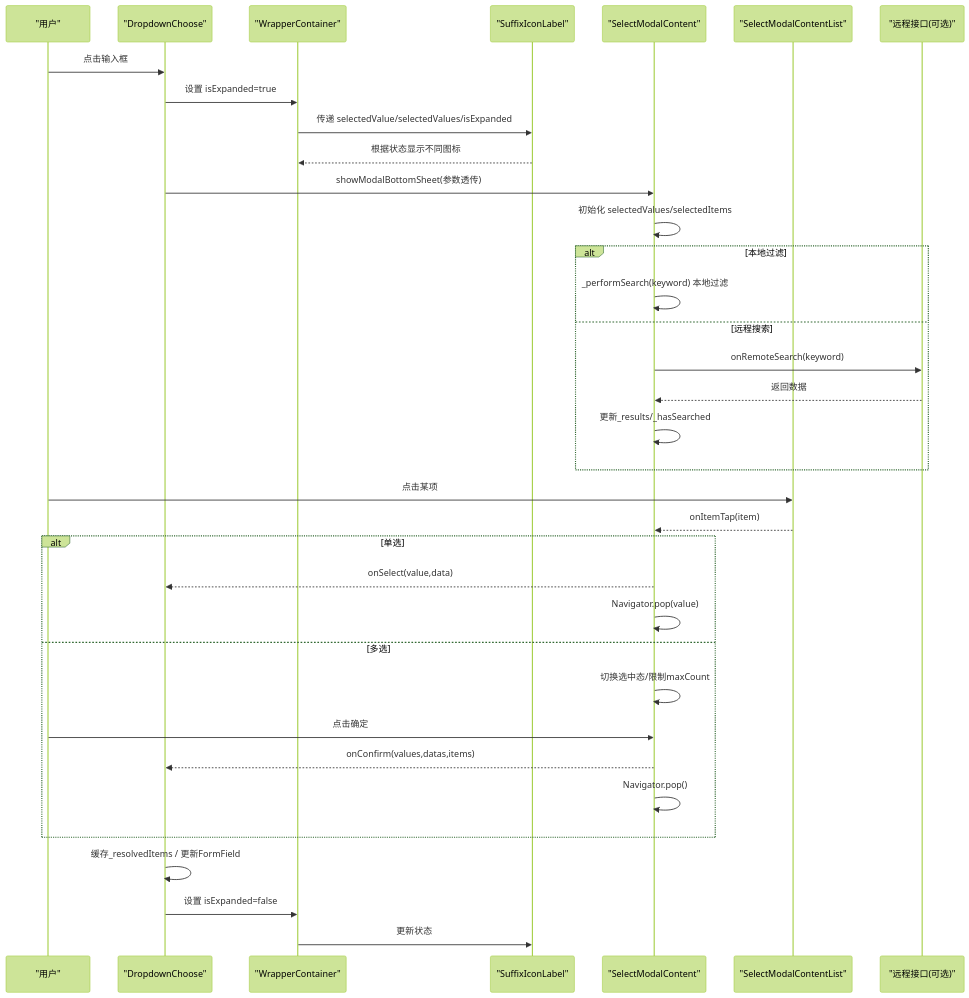
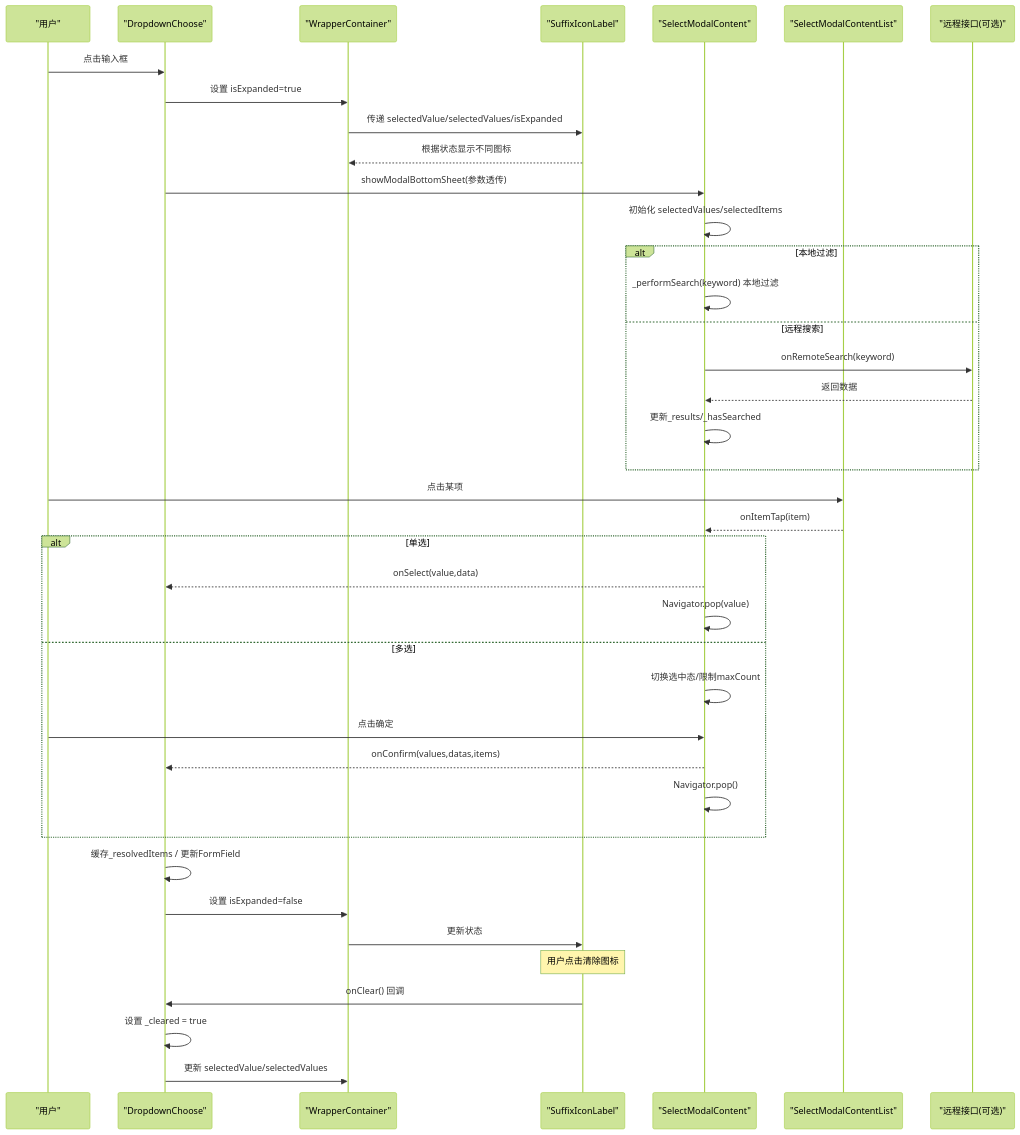
Before and after one commit to yuzhido/lite-ui: the second of 6 diagrams in .qoder/repowiki/zh/content/高级组件/下拉选择器.md, drawn with Mermaid (forest theme). The commit also changed other lines of this file and 37 other files, not shown here.

````diff
--- a/.qoder/repowiki/zh/content/高级组件/下拉选择器.md
+++ b/.qoder/repowiki/zh/content/高级组件/下拉选择器.md
@@ -96,37 +96,41 @@
 ```mermaid
 sequenceDiagram
 participant U as "用户"
 participant DC as "DropdownChoose"
 participant WC as "WrapperContainer"
 participant SIL as "SuffixIconLabel"
 participant SM as "SelectModalContent"
 participant L as "SelectModalContentList"
 participant R as "远程接口(可选)"
 U->>DC : 点击输入框
 DC->>WC : 设置 isExpanded=true
 WC->>SIL : 传递 selectedValue/selectedValues/isExpanded
 SIL-->>WC : 根据状态显示不同图标
 DC->>SM : showModalBottomSheet(参数透传)
 SM->>SM : 初始化 selectedValues/selectedItems
 alt 本地过滤
 SM->>SM : _performSearch(keyword) 本地过滤
 else 远程搜索
 SM->>R : onRemoteSearch(keyword)
 R-->>SM : 返回数据
 SM->>SM : 更新_results/_hasSearched
 end
 U->>L : 点击某项
 L-->>SM : onItemTap(item)
 alt 单选
 SM-->>DC : onSelect(value,data)
 SM->>SM : Navigator.pop(value)
 else 多选
 SM->>SM : 切换选中态/限制maxCount
 U->>SM : 点击确定
 SM-->>DC : onConfirm(values,datas,items)
 SM->>SM : Navigator.pop()
 end
 DC->>DC : 缓存_resolvedItems / 更新FormField
 DC->>WC : 设置 isExpanded=false
 WC->>SIL : 更新状态
+Note over SIL : 用户点击清除图标
+SIL->>DC : onClear() 回调
+DC->>DC : 设置 _cleared = true
+DC->>WC : 更新 selectedValue/selectedValues
 ```
````
